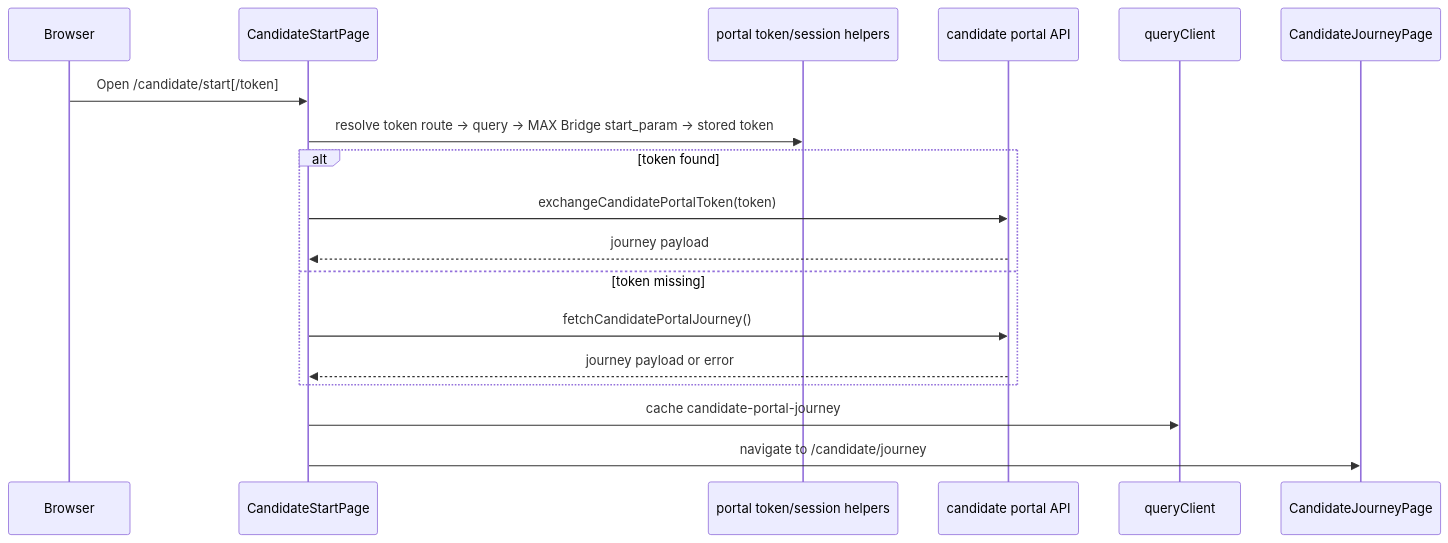
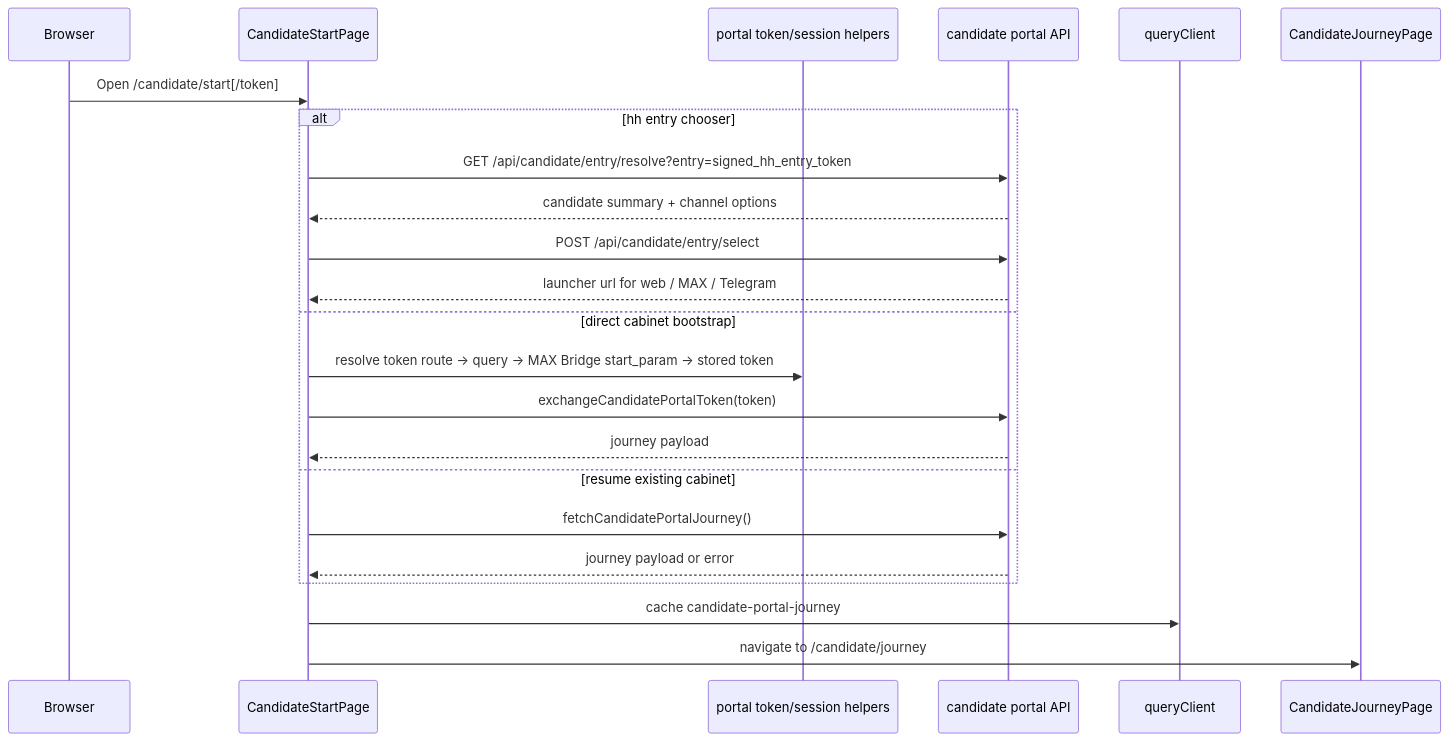
The third of 7 diagrams in docs/frontend/state-flows.md (padka/HR), drawn with Mermaid before and after one commit. The commit also changed other lines of this file and 20 other files, not shown here.

Commit message:
feat: add hh entry gateway for candidate cabinet

````diff
--- a/docs/frontend/state-flows.md
+++ b/docs/frontend/state-flows.md
@@ -102,21 +102,26 @@
 ```mermaid
 sequenceDiagram
   participant Browser
   participant Start as CandidateStartPage
   participant Token as portal token/session helpers
   participant API as candidate portal API
   participant Query as queryClient
   participant Journey as CandidateJourneyPage
 
   Browser->>Start: Open /candidate/start[/token]
-  Start->>Token: resolve token route -> query -> MAX Bridge start_param -> stored token
-  alt token found
+  alt hh entry chooser
+    Start->>API: GET /api/candidate/entry/resolve?entry=signed_hh_entry_token
+    API-->>Start: candidate summary + channel options
+    Start->>API: POST /api/candidate/entry/select
+    API-->>Start: launcher url for web / MAX / Telegram
+  else direct cabinet bootstrap
+    Start->>Token: resolve token route -> query -> MAX Bridge start_param -> stored token
     Start->>API: exchangeCandidatePortalToken(token)
     API-->>Start: journey payload
-  else token missing
+  else resume existing cabinet
     Start->>API: fetchCandidatePortalJourney()
     API-->>Start: journey payload or error
   end
   Start->>Query: cache candidate-portal-journey
   Start->>Journey: navigate to /candidate/journey
 ```
````
